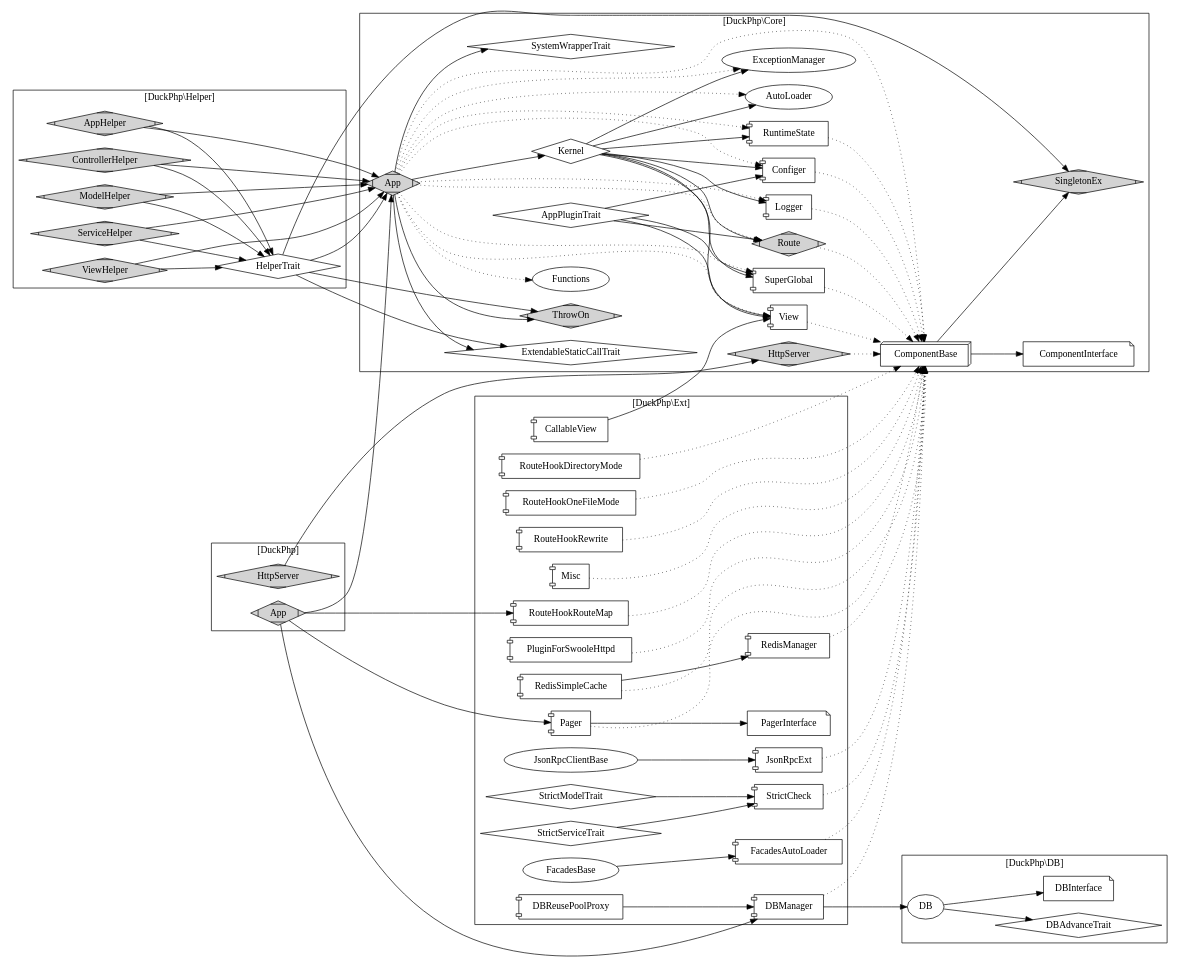
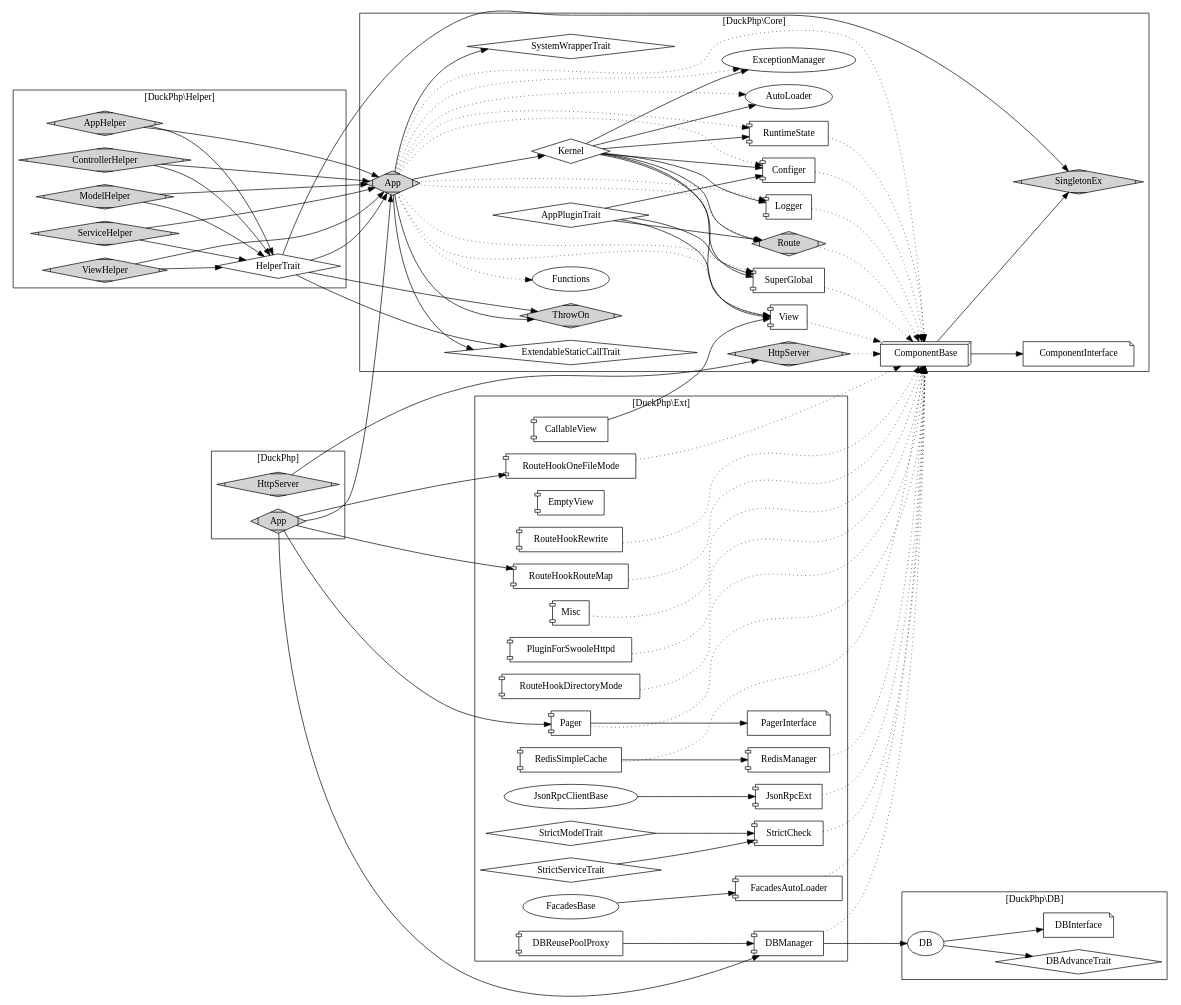
Before and after one commit to dvaknheo/duckphp: the diagram in doc/duckphp.gv, drawn with Graphviz. The commit also changed 10 other files, not shown here.

Commit message:
覆盖测试通过，添加 EmptyView 修复 CallableView 的 _Display

```diff
--- a/doc/duckphp.gv
+++ b/doc/duckphp.gv
@@ -134,6 +134,7 @@
     CallableView[shape="component"];
     DBManager[shape="component"];
     DBReusePoolProxy[shape="component"];
+    EmptyView[shape="component"];
     FacadesAutoLoader[shape="component"];
     FacadesBase ;
     JsonRpcClientBase ;
@@ -190,6 +191,7 @@
     App -> RouteHookRouteMap;
     App -> Pager;
     App -> DBManager;
+    App -> RouteHookOneFileMode;
 
     App [shape=Mdiamond];
     HttpServer [shape=Mdiamond;style=filled];
```
